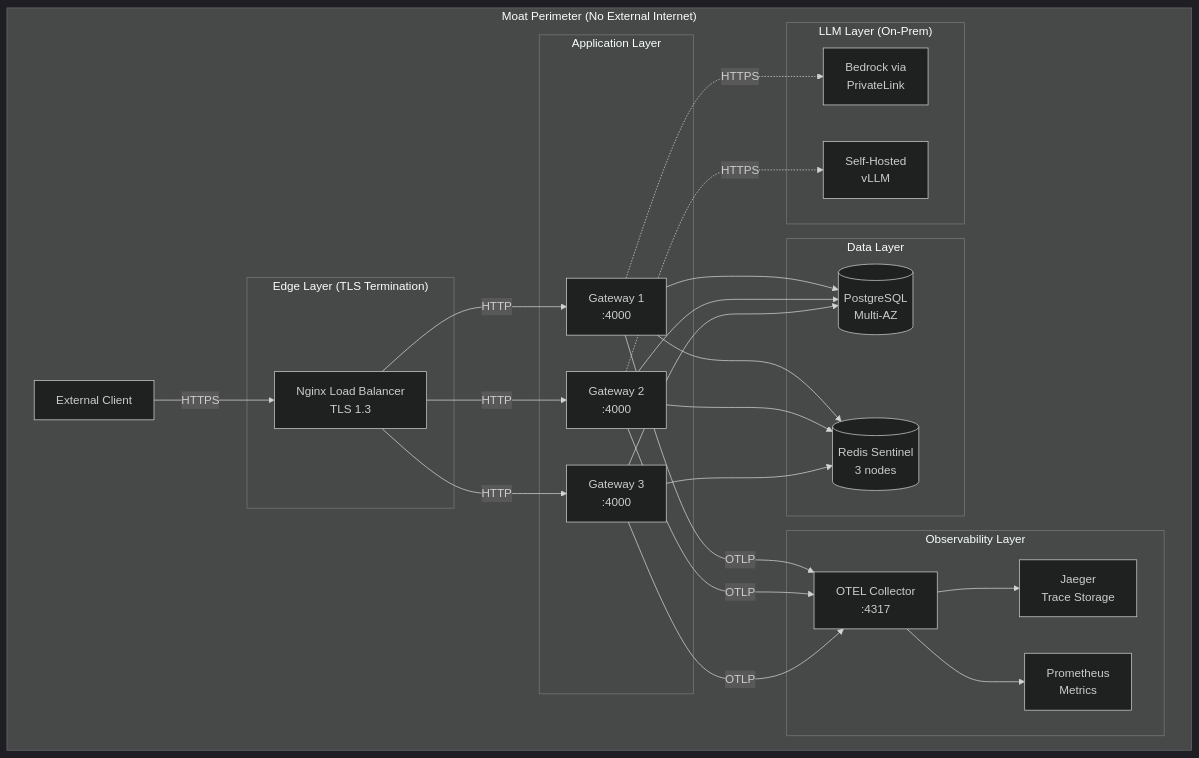
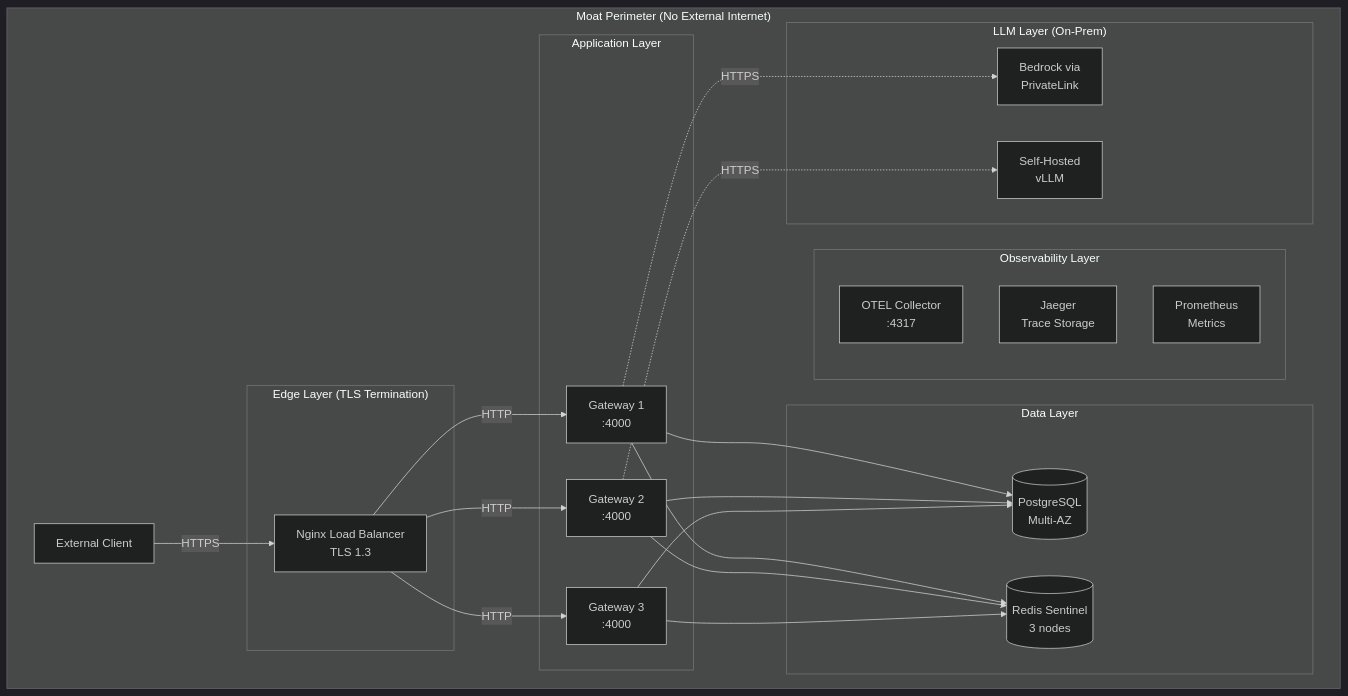
Before and after one commit to baladithyab/litellm-llm-router: the second of 2 diagrams in docs/deployment/air-gapped.md, drawn with Mermaid (dark theme). The commit also changed other lines of this file and 43 other files, not shown here.

````diff
--- a/docs/deployment/air-gapped.md
+++ b/docs/deployment/air-gapped.md
@@ -1494,55 +1419,48 @@
 ```mermaid
 graph TB
     subgraph "Moat Perimeter (No External Internet)"
         Client[External Client]
 
         subgraph "Edge Layer (TLS Termination)"
             LB[Nginx Load Balancer<br/>TLS 1.3]
         end
 
         subgraph "Application Layer"
             GW1[Gateway 1<br/>:4000]
             GW2[Gateway 2<br/>:4000]
             GW3[Gateway 3<br/>:4000]
         end
 
         subgraph "Data Layer"
             PG[(PostgreSQL<br/>Multi-AZ)]
             Redis[(Redis Sentinel<br/>3 nodes)]
         end
 
         subgraph "Observability Layer"
             OTEL[OTEL Collector<br/>:4317]
             Jaeger[Jaeger<br/>Trace Storage]
             Prom[Prometheus<br/>Metrics]
         end
 
         subgraph "LLM Layer (On-Prem)"
             LLM1[Bedrock via<br/>PrivateLink]
             LLM2[Self-Hosted<br/>vLLM]
         end
     end
 
     Client -->|HTTPS| LB
     LB -->|HTTP| GW1
     LB -->|HTTP| GW2
     LB -->|HTTP| GW3
 
     GW1 --> PG
     GW2 --> PG
     GW3 --> PG
 
     GW1 --> Redis
     GW2 --> Redis
     GW3 --> Redis
 
-    GW1 -->|OTLP| OTEL
-    GW2 -->|OTLP| OTEL
-    GW3 -->|OTLP| OTEL
-
-    OTEL --> Jaeger
-    OTEL --> Prom
-
     GW1 -.->|HTTPS| LLM1
     GW2 -.->|HTTPS| LLM2
 ```
````
